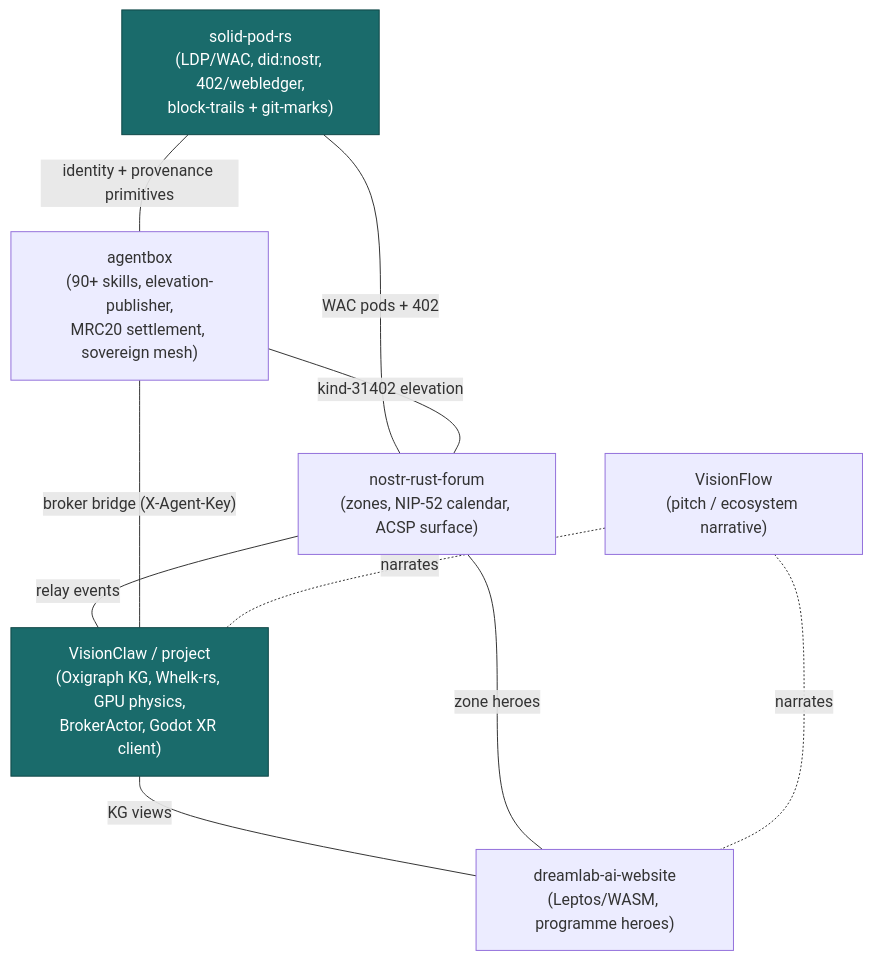
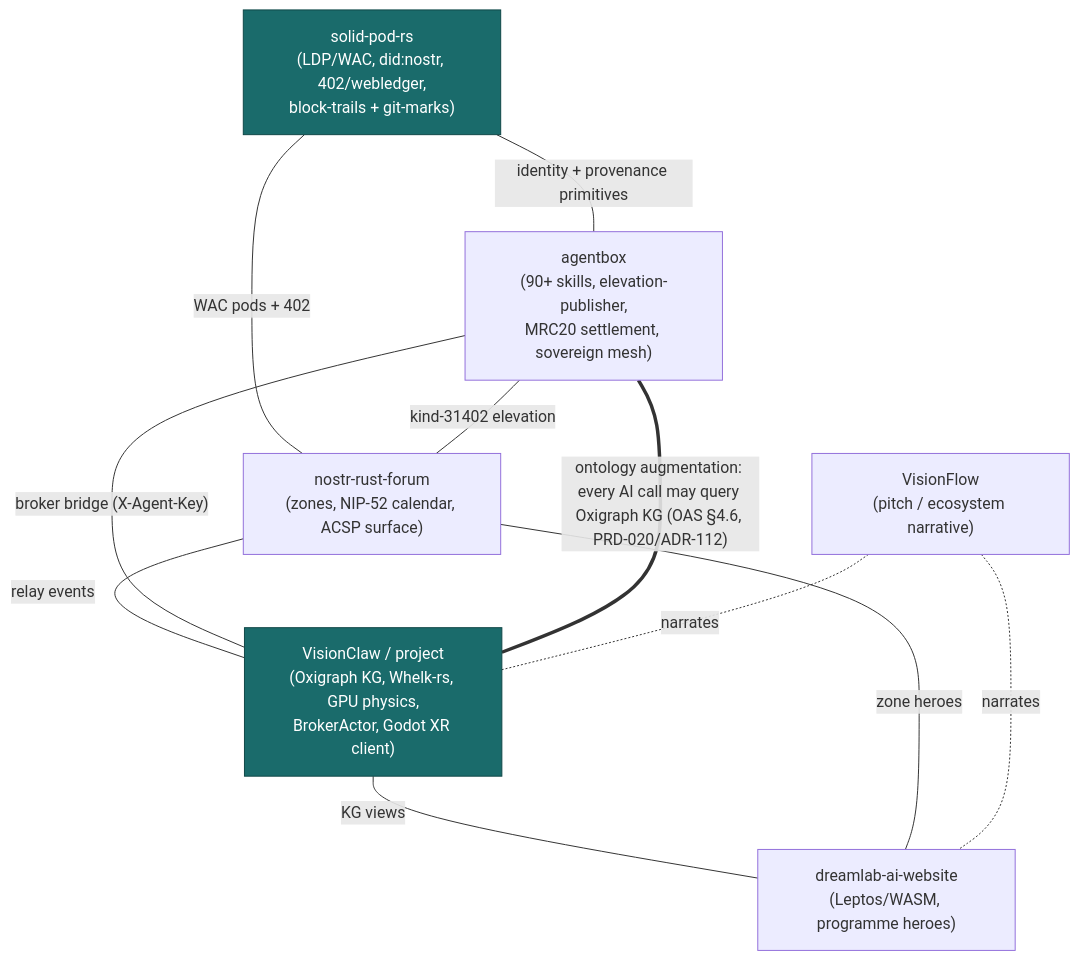
One commit to DreamLab-AI/AR-AI-Knowledge-Graph changed the fifth of 6 diagrams in docs/adr/ADR-111-ecosystem-infographic-modernisation.md. Above: the diagram before and after it, drawn with Mermaid. The commit also changed other lines of this file and 10 other files, not shown here.

````diff
--- a/docs/adr/ADR-111-ecosystem-infographic-modernisation.md
+++ b/docs/adr/ADR-111-ecosystem-infographic-modernisation.md
@@ -343,22 +345,23 @@
 ```mermaid
 flowchart TB
     WEB["dreamlab-ai-website\n(Leptos/WASM, programme heroes)"]
     FORUM["nostr-rust-forum\n(zones, NIP-52 calendar, ACSP surface)"]
     POD["solid-pod-rs\n(LDP/WAC, did:nostr, 402/webledger,\nblock-trails + git-marks)"]
     BOX["agentbox\n(90+ skills, elevation-publisher,\nMRC20 settlement, sovereign mesh)"]
     VC["VisionClaw / project\n(Oxigraph KG, Whelk-rs, GPU physics,\nBrokerActor, Godot XR client)"]
     VF["VisionFlow\n(pitch / ecosystem narrative)"]
 
     POD ---|"identity + provenance primitives"| BOX
     POD ---|"WAC pods + 402"| FORUM
     BOX ---|"kind-31402 elevation"| FORUM
     FORUM ---|"relay events"| VC
     BOX ---|"broker bridge (X-Agent-Key)"| VC
+    BOX ===|"ontology augmentation: every AI call may query Oxigraph KG (OAS §4.6, PRD-020/ADR-112)"| VC
     VC ---|"KG views"| WEB
     FORUM ---|"zone heroes"| WEB
     VF -. narrates .- WEB
     VF -. narrates .- VC
 
     classDef teal fill:#1A6B6B,stroke:#0f4747,color:#fff
     class POD,VC teal
 ```
````
